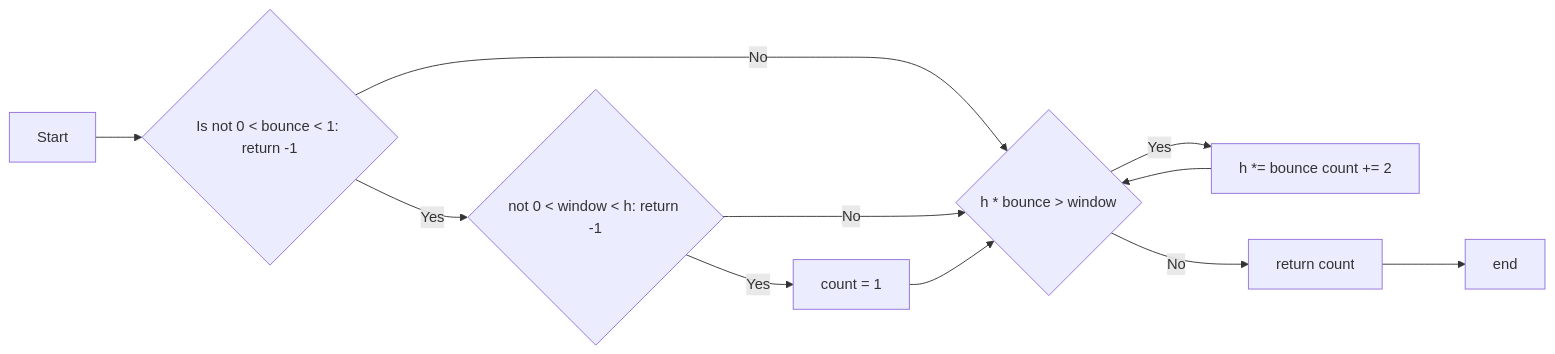
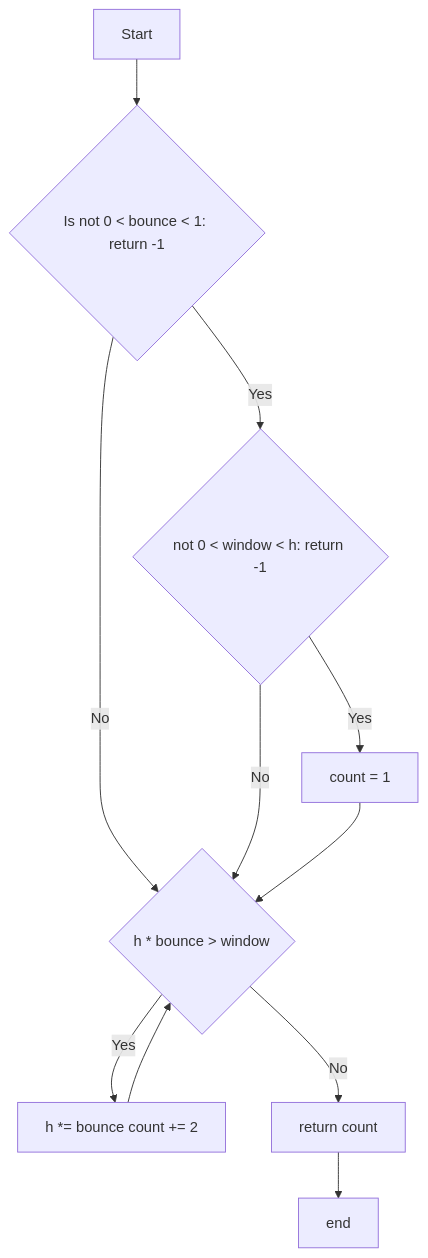
One commit to JingShil/python_course changed the third of 5 diagrams in 实验二/experiment2.md. Above: the diagram before and after it, drawn with Mermaid. The commit also changed other lines of this file and 7 other files, not shown here.

````diff
--- a/实验二/experiment2.md
+++ b/实验二/experiment2.md
@@ -196,13 +196,13 @@
 ```mermaid
-flowchart LR
+flowchart TB
     A[Start] --> B{"Is not 0 < bounce < 1: return -1"}
     B --> |Yes| C{"not 0 < window < h: return -1"}
     C --> |Yes| D[count = 1]
     B --> |No| E{"h * bounce > window"}
     C --> |No| E
     D --> E
     E --> |Yes| F[h *= bounce count += 2]
     F --> E
     E --> |No| G[return count]
     G --> H[end]
 ```
````
